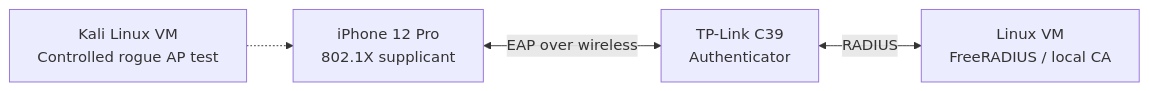
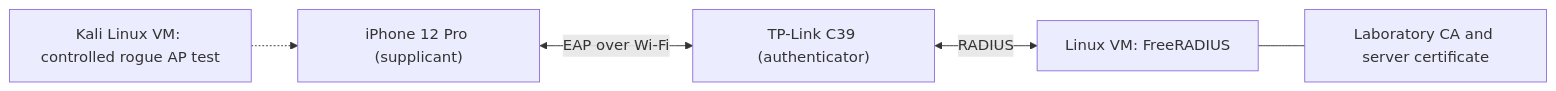
The diagram in README.md (gdarslan/wpa2-enterprise-security-research), drawn with Mermaid before and after one commit. The commit also changed other lines of this file, not shown here.

````diff
--- a/README.md
+++ b/README.md
@@ -13,6 +19,7 @@
 ```mermaid
 flowchart LR
-    C["iPhone 12 Pro<br/>802.1X supplicant"] <-->|EAP over wireless| A["TP-Link C39<br/>Authenticator"]
-    A <-->|RADIUS| R["Linux VM<br/>FreeRADIUS / local CA"]
-    K["Kali Linux VM<br/>Controlled rogue AP test"] -.-> C
+    C["iPhone 12 Pro (supplicant)"] <-->|EAP over Wi-Fi| A["TP-Link C39 (authenticator)"]
+    A <-->|RADIUS| R["Linux VM: FreeRADIUS"]
+    R --- CA["Laboratory CA and server certificate"]
+    K["Kali Linux VM: controlled rogue AP test"] -.-> C
 ```
````
